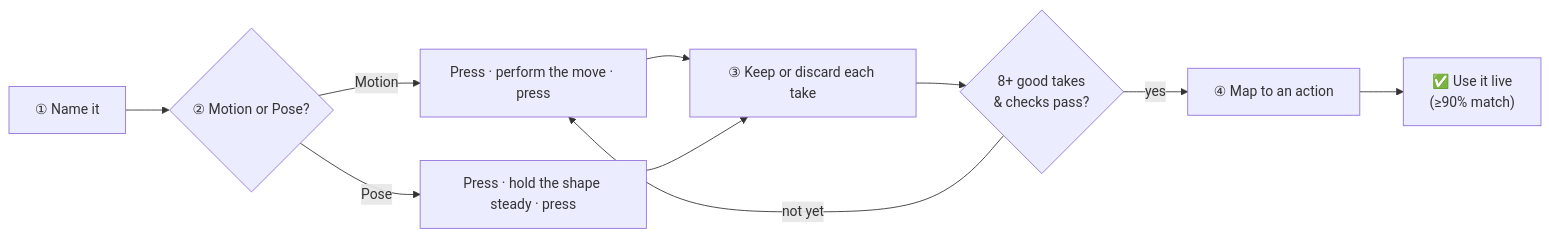
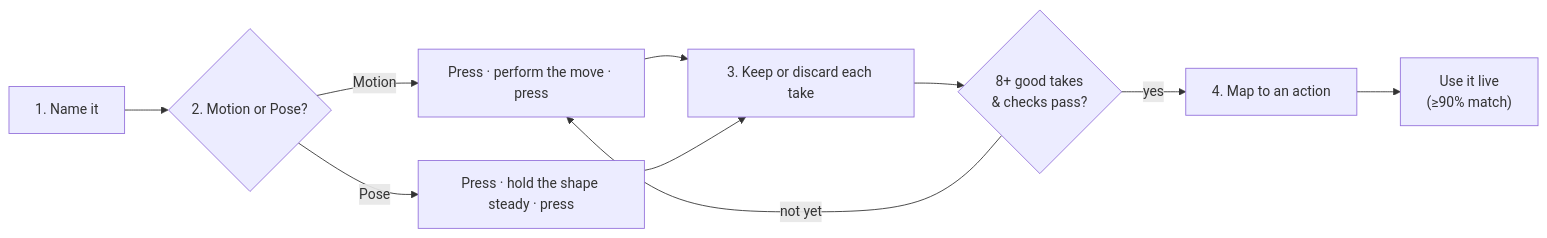
One commit to rajdeeepm/AirControl changed the second of 2 diagrams in README.md. Above: the diagram before and after it, drawn with Mermaid. The commit also changed other lines of this file, not shown here.

````diff
--- a/README.md
+++ b/README.md
@@ -145,12 +145,12 @@
 ```mermaid
 flowchart LR
-    A["① Name it"] --> B{"② Motion or Pose?"}
+    A["1. Name it"] --> B{"2. Motion or Pose?"}
     B -->|Motion| C["Press · perform the move · press"]
     B -->|Pose| D["Press · hold the shape steady · press"]
-    C --> E["③ Keep or discard each take"]
+    C --> E["3. Keep or discard each take"]
     D --> E
     E --> F{"8+ good takes<br/>& checks pass?"}
     F -->|not yet| C
-    F -->|yes| G["④ Map to an action"]
-    G --> H["✅ Use it live<br/>(≥90% match)"]
+    F -->|yes| G["4. Map to an action"]
+    G --> H["Use it live<br/>(≥90% match)"]
 ```
````
